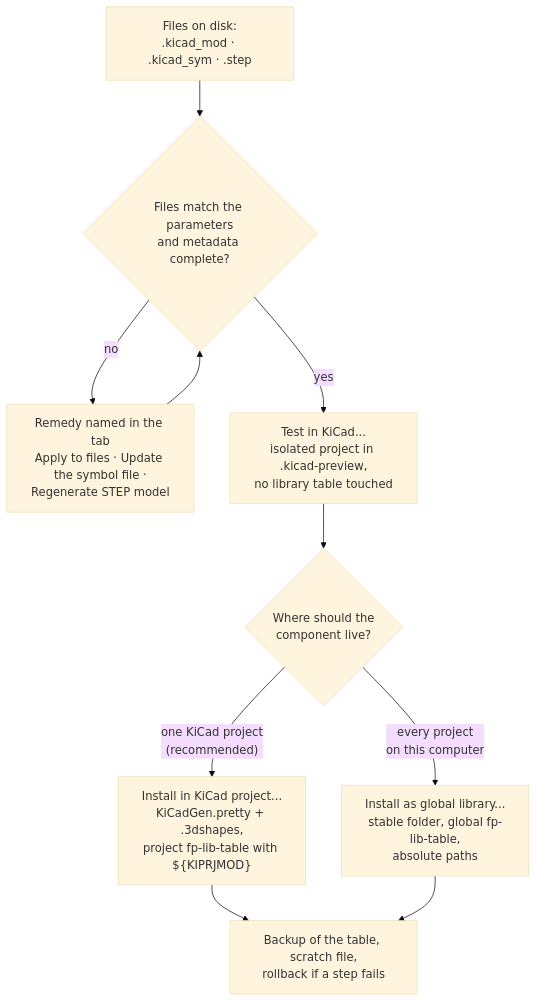
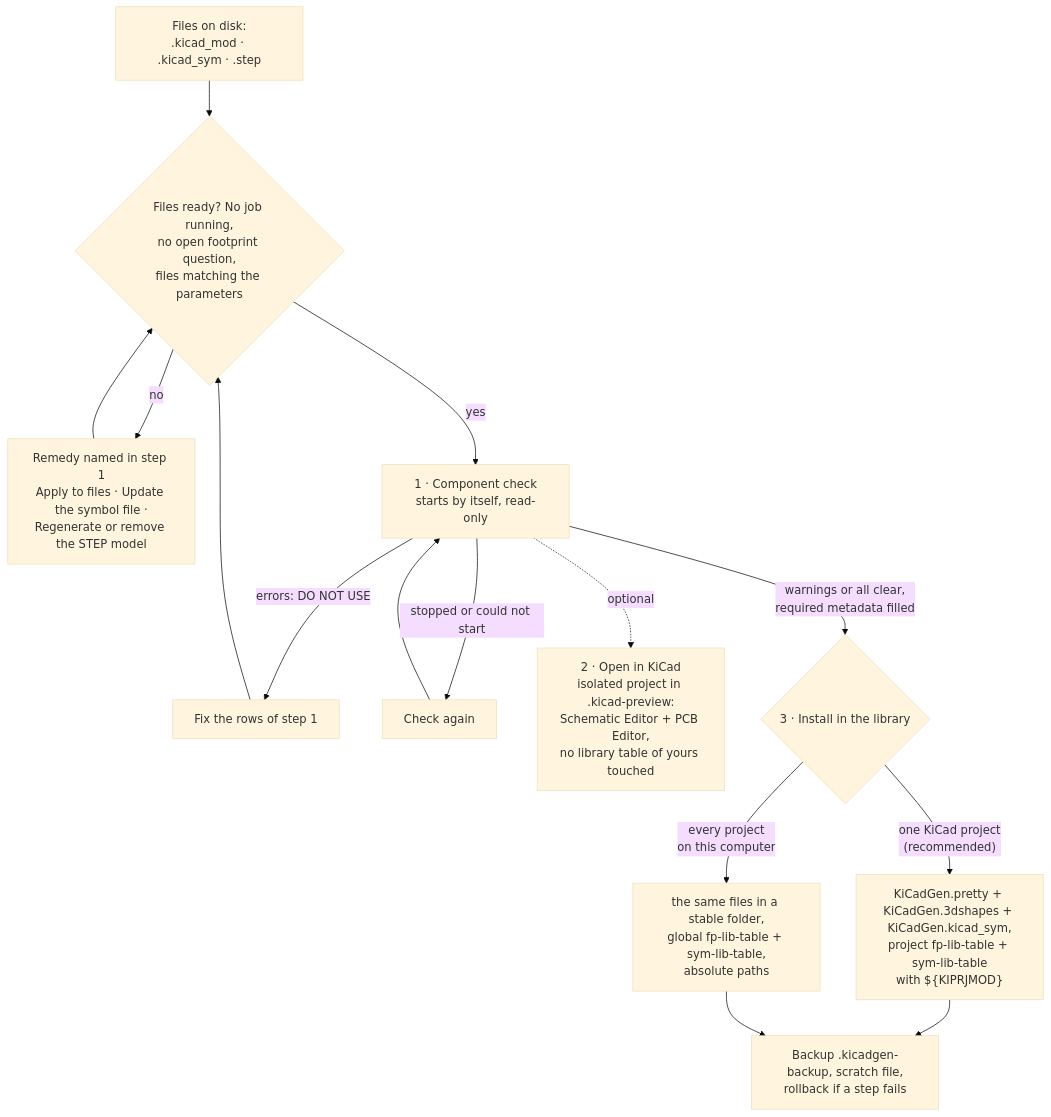
One commit to MirkoUgoliniDev/KiCad-ComponentGenerator changed the third of 4 diagrams in README.md. Above: the diagram before and after it, drawn with Mermaid (base theme). The commit also changed other lines of this file and 139 other files, not shown here.

First line of the commit message:
fix: professional review of the guided KiCad tab and its five fix rounds

````diff
--- a/README.md
+++ b/README.md
@@ -489,11 +498,16 @@
 ```mermaid
 flowchart TD
-    F["Files on disk:<br/>.kicad_mod · .kicad_sym · .step"] --> M{"Files match the parameters<br/>and metadata complete?"}
-    M -- no --> FIX["Remedy named in the tab<br/>Apply to files · Update the symbol file ·<br/>Regenerate STEP model"]
-    FIX --> M
-    M -- yes --> T["Test in KiCad...<br/>isolated project in .kicad-preview,<br/>no library table touched"]
-    T --> C{"Where should the<br/>component live?"}
-    C -- "one KiCad project<br/>(recommended)" --> PRJ["Install in KiCad project...<br/>KiCadGen.pretty + .3dshapes,<br/>project fp-lib-table with ${KIPRJMOD}"]
-    C -- "every project<br/>on this computer" --> GLB["Install as global library...<br/>stable folder, global fp-lib-table,<br/>absolute paths"]
-    PRJ & GLB --> SAFE["Backup of the table, scratch file,<br/>rollback if a step fails"]
+    F["Files on disk:<br/>.kicad_mod · .kicad_sym · .step"] --> G{"Files ready? No job running,<br/>no open footprint question,<br/>files matching the parameters"}
+    G -- no --> FIX["Remedy named in step 1<br/>Apply to files · Update the symbol file ·<br/>Regenerate or remove the STEP model"]
+    FIX --> G
+    G -- yes --> C["1 · Component check<br/>starts by itself, read-only"]
+    C -- "errors: DO NOT USE" --> ROWS["Fix the rows of step 1"]
+    ROWS --> G
+    C -- "stopped or could not start" --> AGAIN["Check again"]
+    AGAIN --> C
+    C -.->|optional| P["2 · Open in KiCad<br/>isolated project in .kicad-preview:<br/>Schematic Editor + PCB Editor,<br/>no library table of yours touched"]
+    C -- "warnings or all clear,<br/>required metadata filled" --> I{"3 · Install in the library"}
+    I -- "one KiCad project<br/>(recommended)" --> PRJ["KiCadGen.pretty + KiCadGen.3dshapes + KiCadGen.kicad_sym,<br/>project fp-lib-table + sym-lib-table<br/>with ${KIPRJMOD}"]
+    I -- "every project<br/>on this computer" --> GLB["the same files in a stable folder,<br/>global fp-lib-table + sym-lib-table,<br/>absolute paths"]
+    PRJ & GLB --> SAFE["Backup .kicadgen-backup, scratch file,<br/>rollback if a step fails"]
 ```
````
